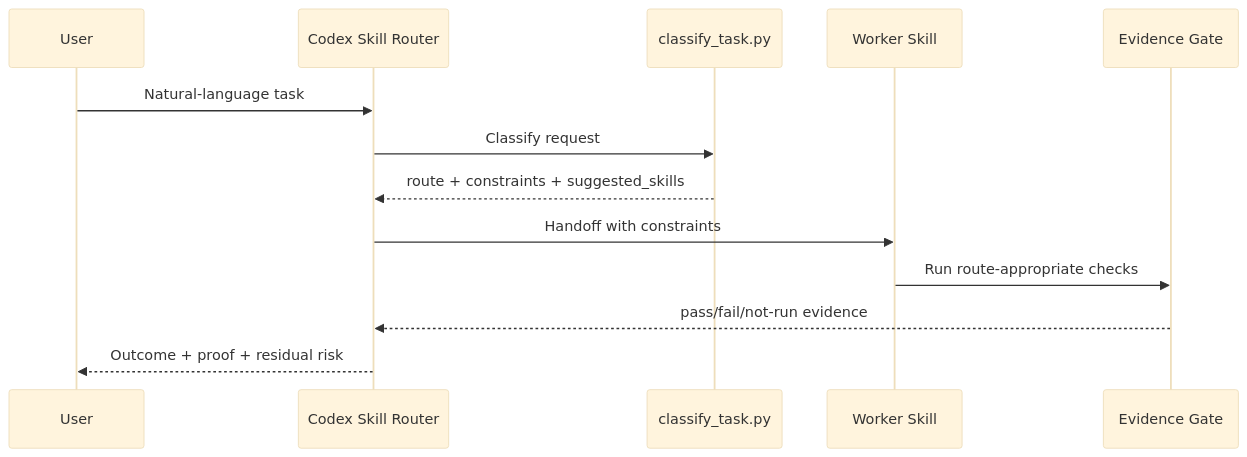
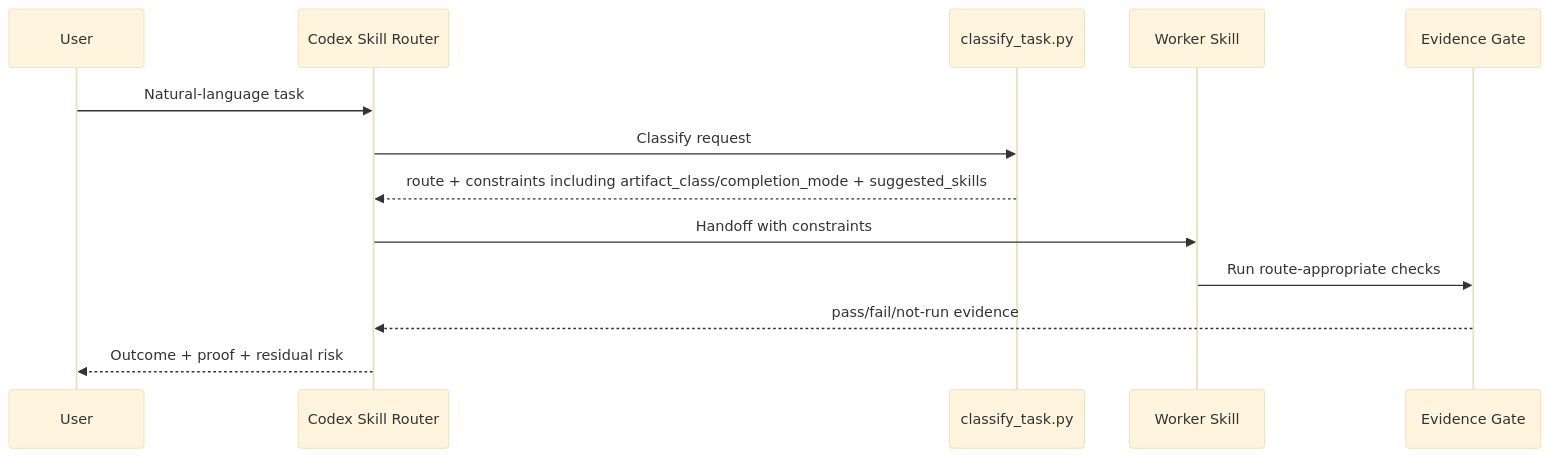
The third of 3 diagrams in codex-skill/README.md (Merchantlee99/Vibebuilder), drawn with Mermaid (base theme) before and after one commit. The commit also changed other lines of this file and 7 other files, not shown here.

````diff
--- a/codex-skill/README.md
+++ b/codex-skill/README.md
@@ -57,16 +59,16 @@
 ```mermaid
 sequenceDiagram
     participant U as User
     participant S as Codex Skill Router
     participant C as classify_task.py
     participant W as Worker Skill
     participant E as Evidence Gate
 
     U->>S: Natural-language task
     S->>C: Classify request
-    C-->>S: route + constraints + suggested_skills
+    C-->>S: route + constraints including artifact_class/completion_mode + suggested_skills
     S->>W: Handoff with constraints
     W->>E: Run route-appropriate checks
     E-->>S: pass/fail/not-run evidence
     S-->>U: Outcome + proof + residual risk
 ```
````
